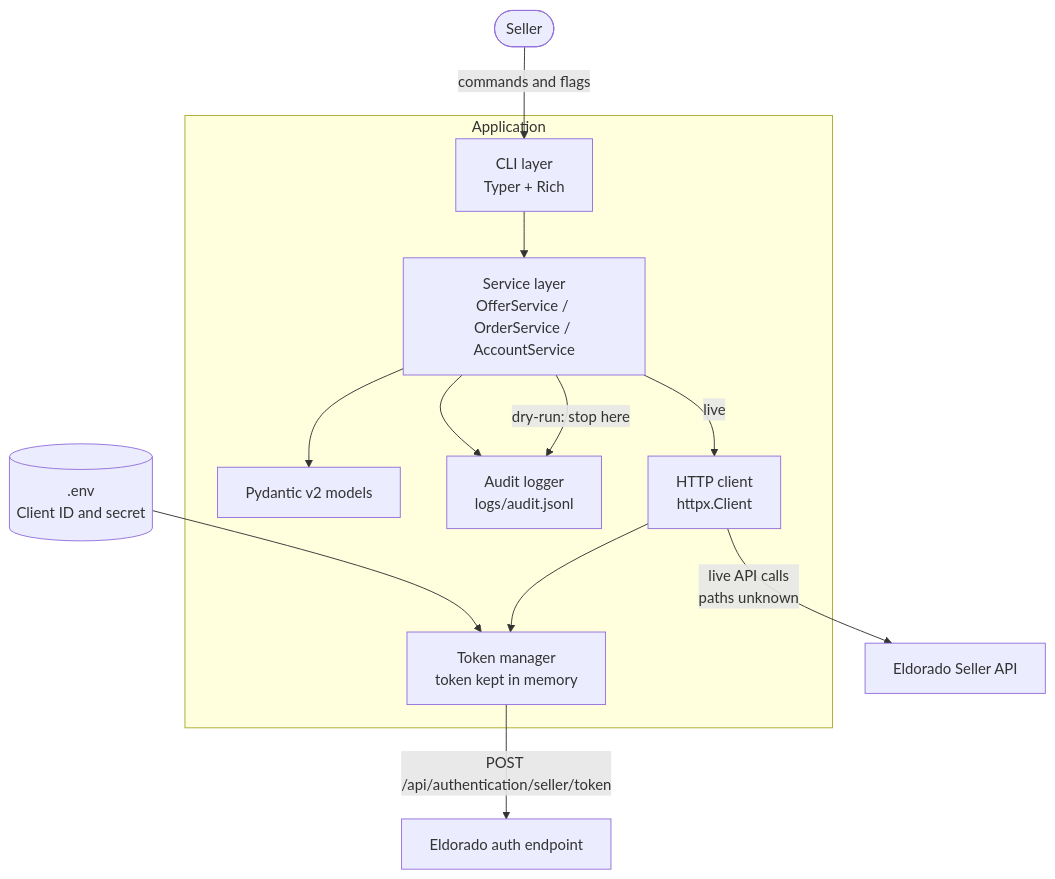
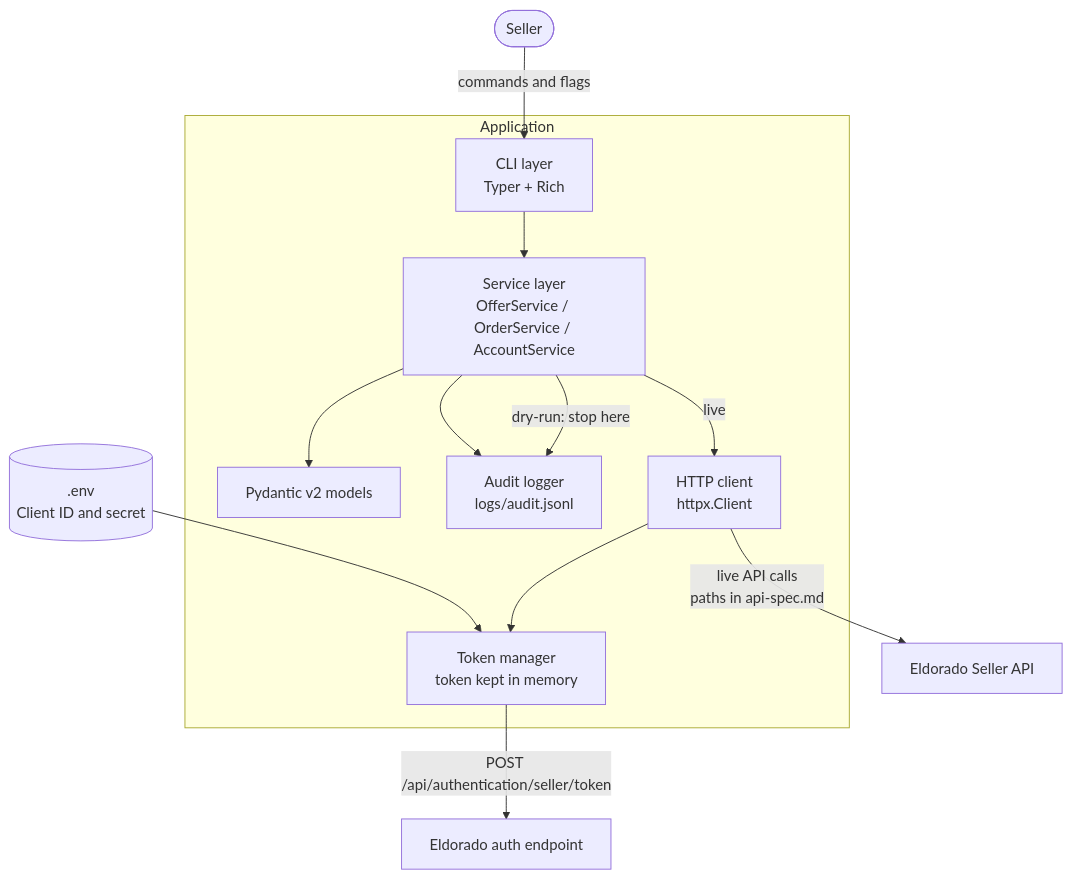
Before and after one commit to elnMohiuddinMolla/eldorado_seller_api: the first of 3 diagrams in architecture.md, drawn with Mermaid. The commit also changed other lines of this file and 21 other files, not shown here.

````diff
--- a/architecture.md
+++ b/architecture.md
@@ -23,17 +23,17 @@
 ```mermaid
 graph TD
     User([Seller]) -->|commands and flags| CLI[CLI layer<br/>Typer + Rich]
 
     subgraph App[Application]
         CLI --> Svc[Service layer<br/>OfferService / OrderService / AccountService]
         Svc --> Models[Pydantic v2 models]
         Svc -->|dry-run: stop here| Audit[Audit logger<br/>logs/audit.jsonl]
         Svc -->|live| HTTP[HTTP client<br/>httpx.Client]
         HTTP --> TM[Token manager<br/>token kept in memory]
         Svc --> Audit
     end
 
     Env[(.env<br/>Client ID and secret)] --> TM
     TM -->|POST /api/authentication/seller/token| Auth[Eldorado auth endpoint]
-    HTTP -->|live API calls<br/>paths unknown| API[Eldorado Seller API]
+    HTTP -->|live API calls<br/>paths in api-spec.md| API[Eldorado Seller API]
 ```
````
